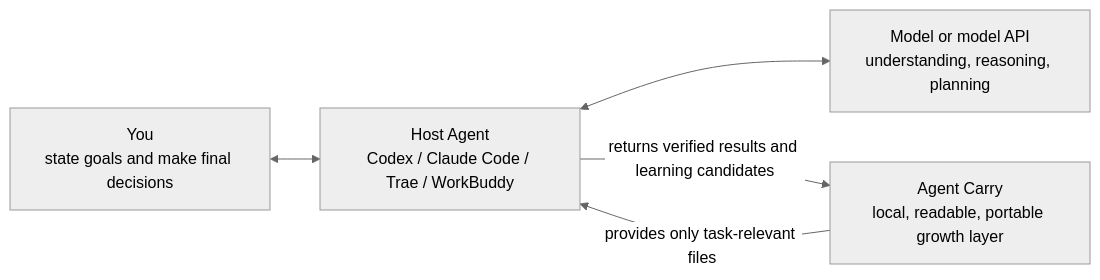
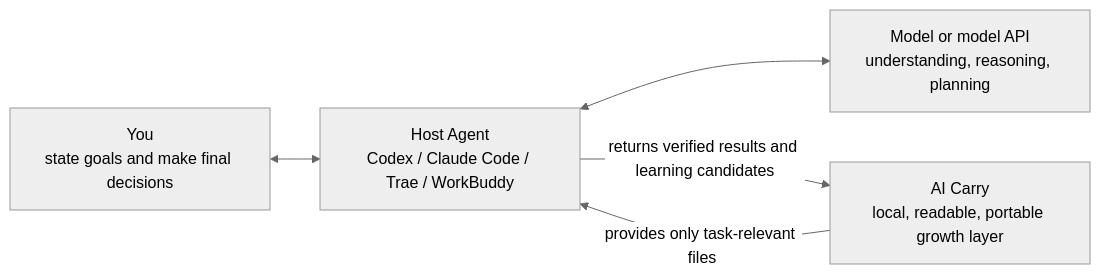
One commit to Ww-Cooooo/Agent-Carry changed the first of 2 diagrams in README.en.md. Above: the diagram before and after it, drawn with Mermaid (neutral theme). The commit also changed other lines of this file and 193 other files, not shown here.

````diff
--- a/README.en.md
+++ b/README.en.md
@@ -31,7 +31,7 @@
 ```mermaid
 flowchart LR
     U["You<br/>state goals and make final decisions"] <--> H["Host Agent<br/>Codex / Claude Code / Trae / WorkBuddy"]
     H <--> M["Model or model API<br/>understanding, reasoning, planning"]
-    C["Agent Carry<br/>local, readable, portable growth layer"] -->|"provides only task-relevant files"| H
+    C["AI Carry<br/>local, readable, portable growth layer"] -->|"provides only task-relevant files"| H
     H -->|"returns verified results and learning candidates"| C
 ```
````
